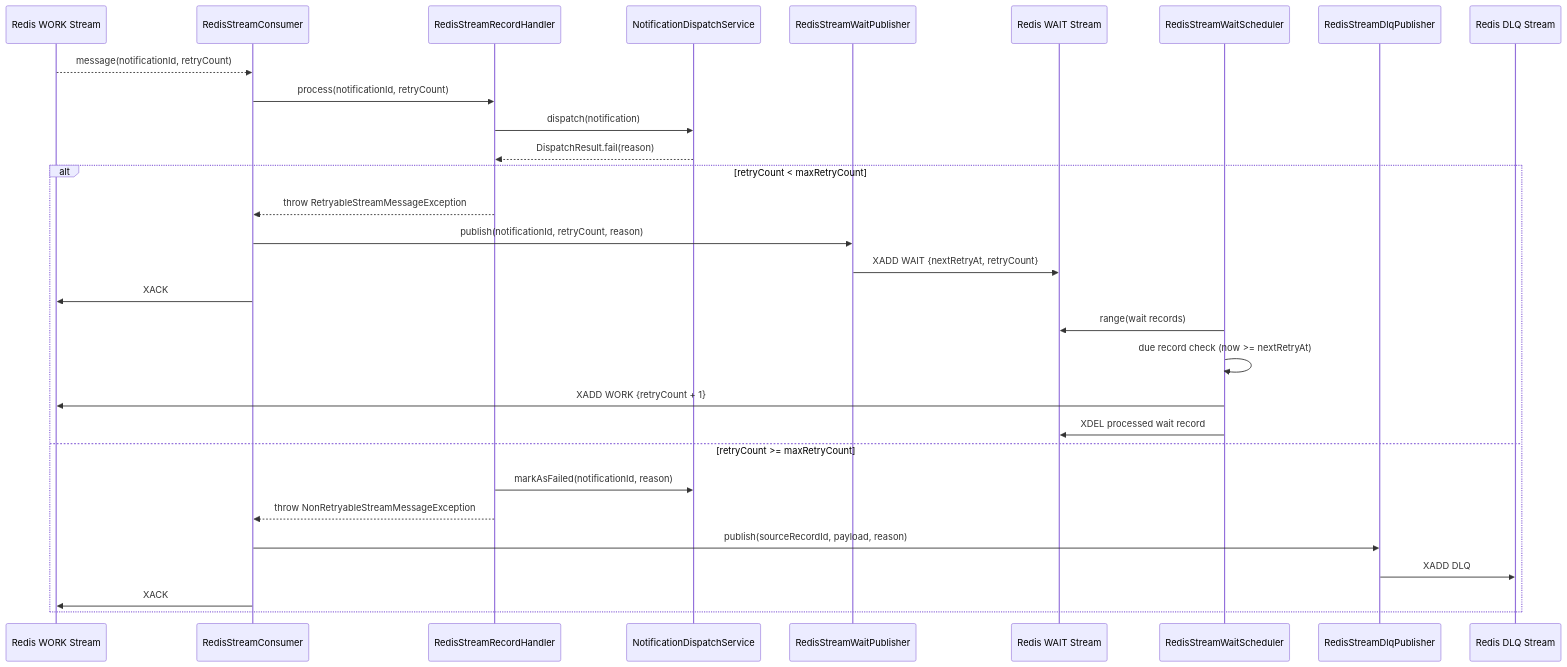
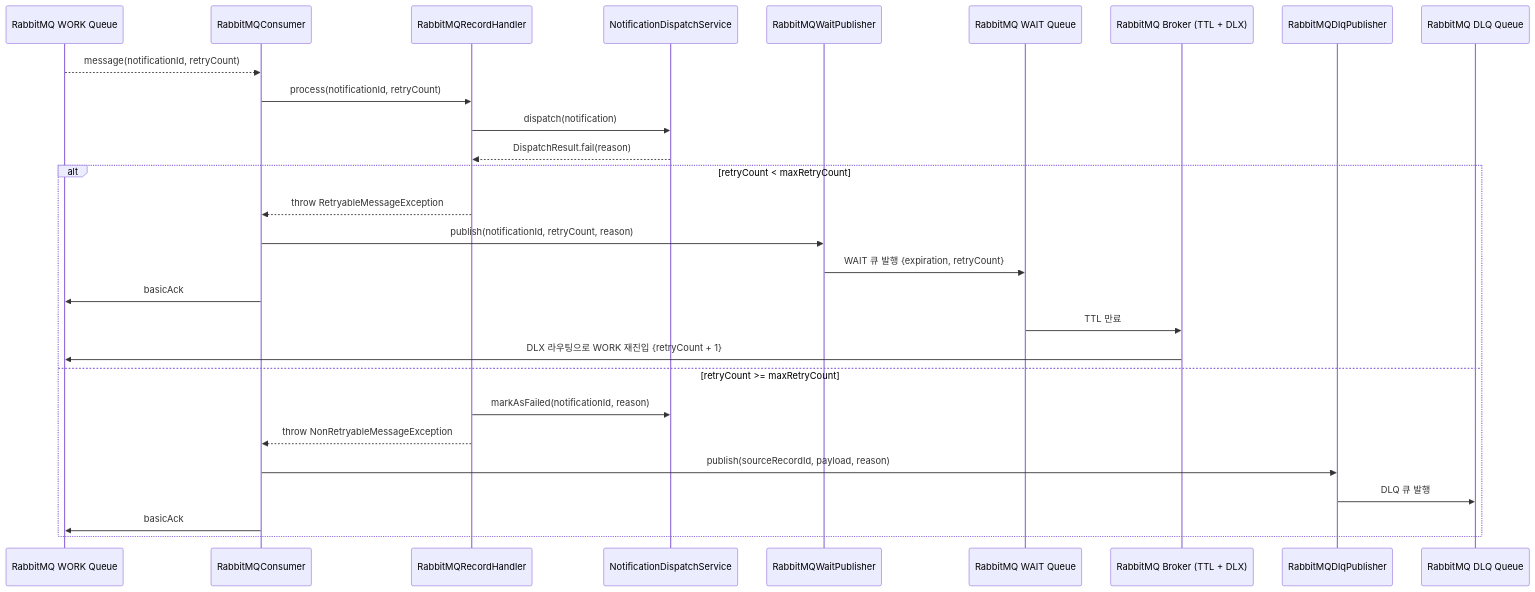
Before and after one commit to yht0827/notification-dispatcher: the fourth of 5 diagrams in docs/02-sequence-diagrams.md, drawn with Mermaid. The commit also changed other lines of this file and 7 other files, not shown here.

Commit message:
chore: 메시징 로직을 Redis Stream에서 RabbitMQ로 전환, 관련 클래스 및 테스트 리팩토링, 문서 업데이트

````diff
--- a/docs/02-sequence-diagrams.md
+++ b/docs/02-sequence-diagrams.md
@@ -149,35 +149,33 @@
 ```mermaid
 sequenceDiagram
-    participant RS as Redis WORK Stream
-    participant C as RedisStreamConsumer
-    participant H as RedisStreamRecordHandler
+    participant RS as RabbitMQ WORK Queue
+    participant C as RabbitMQConsumer
+    participant H as RabbitMQRecordHandler
     participant DS as NotificationDispatchService
-    participant W as RedisStreamWaitPublisher
-    participant WS as Redis WAIT Stream
-    participant SCH as RedisStreamWaitScheduler
-    participant D as RedisStreamDlqPublisher
-    participant DLQ as Redis DLQ Stream
+    participant W as RabbitMQWaitPublisher
+    participant WS as RabbitMQ WAIT Queue
+    participant B as RabbitMQ Broker (TTL + DLX)
+    participant D as RabbitMQDlqPublisher
+    participant DLQ as RabbitMQ DLQ Queue
 
     RS-->>C: message(notificationId, retryCount)
     C->>H: process(notificationId, retryCount)
     H->>DS: dispatch(notification)
     DS-->>H: DispatchResult.fail(reason)
 
     alt retryCount < maxRetryCount
-        H-->>C: throw RetryableStreamMessageException
+        H-->>C: throw RetryableMessageException
         C->>W: publish(notificationId, retryCount, reason)
-        W->>WS: XADD WAIT {nextRetryAt, retryCount}
-        C->>RS: XACK
+        W->>WS: WAIT 큐 발행 {expiration, retryCount}
+        C->>RS: basicAck
 
-        SCH->>WS: range(wait records)
-        SCH->>SCH: due record check (now >= nextRetryAt)
-        SCH->>RS: XADD WORK {retryCount + 1}
-        SCH->>WS: XDEL processed wait record
+        WS->>B: TTL 만료
+        B->>RS: DLX 라우팅으로 WORK 재진입 {retryCount + 1}
     else retryCount >= maxRetryCount
         H->>DS: markAsFailed(notificationId, reason)
-        H-->>C: throw NonRetryableStreamMessageException
+        H-->>C: throw NonRetryableMessageException
         C->>D: publish(sourceRecordId, payload, reason)
-        D->>DLQ: XADD DLQ
-        C->>RS: XACK
+        D->>DLQ: DLQ 큐 발행
+        C->>RS: basicAck
     end
 ```
````
